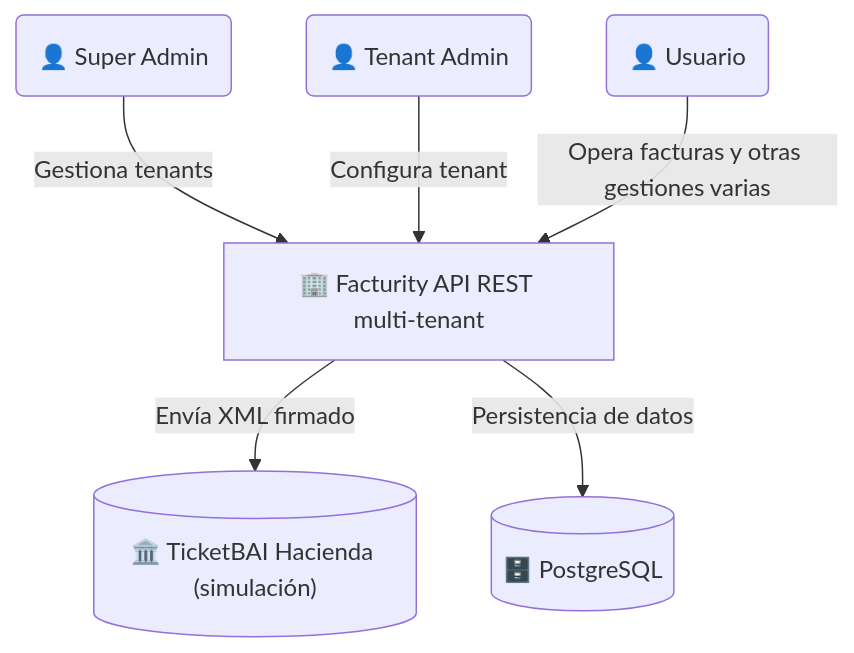
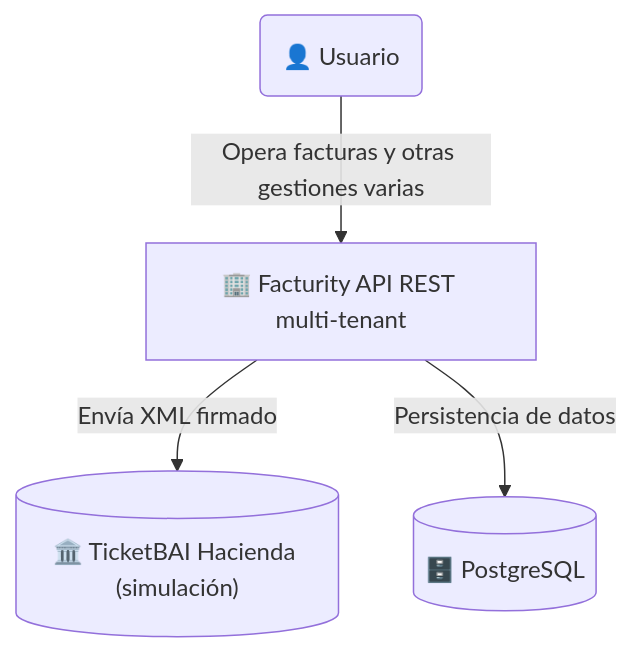
The diagram in README.md (Enekoitz/Facturity), drawn with Mermaid before and after one commit. The commit also changed other lines of this file, not shown here.

````diff
--- a/README.md
+++ b/README.md
@@ -4,21 +4,17 @@
 ```mermaid
 flowchart TD
     %% Actores
-    superAdmin("👤 Super Admin")
-    tenantAdmin("👤 Tenant Admin")
     usuario("👤 Usuario")
 
     %% Sistema
     facturity["🏢 Facturity API REST multi-tenant"]
 
     %% Externos
     hacienda[("🏛️ TicketBAI Hacienda (simulación)")]
     db[("🗄️ PostgreSQL")]
 
     %% Relaciones
-    superAdmin -->|Gestiona tenants| facturity
-    tenantAdmin -->|Configura tenant| facturity
     usuario -->|Opera facturas y otras gestiones varias| facturity
     facturity -->|Envía XML firmado| hacienda
     facturity -->|Persistencia de datos| db
 ```
````
